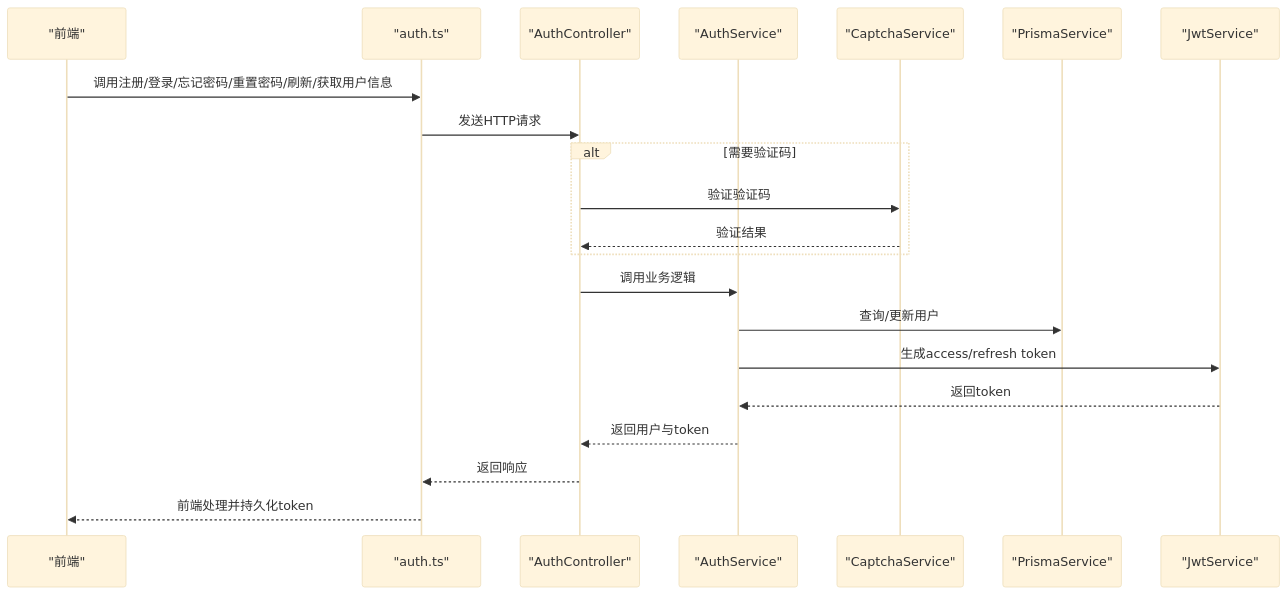
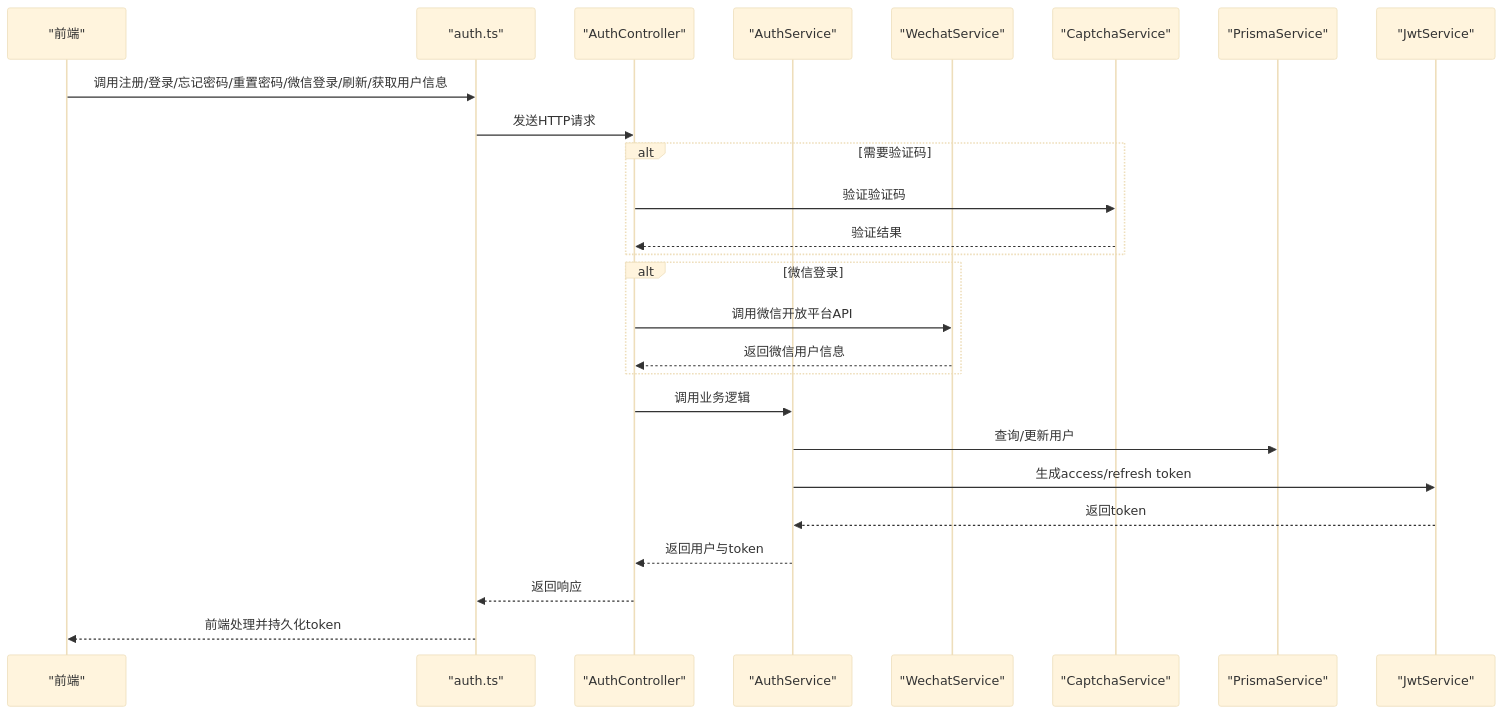
One commit to lsqwawa/free-dress changed the second of 8 diagrams in .qoder/repowiki/zh/content/API接口文档/认证接口.md. Above: the diagram before and after it, drawn with Mermaid (base theme). The commit also changed other lines of this file and 71 other files, not shown here.

````diff
--- a/.qoder/repowiki/zh/content/API接口文档/认证接口.md
+++ b/.qoder/repowiki/zh/content/API接口文档/认证接口.md
@@ -104,23 +143,28 @@
 ```mermaid
 sequenceDiagram
 participant FE as "前端"
 participant API as "auth.ts"
 participant CTRL as "AuthController"
 participant SVC as "AuthService"
+participant WSV as "WechatService"
 participant CAP as "CaptchaService"
 participant PRISMA as "PrismaService"
 participant JWT as "JwtService"
-FE->>API : 调用注册/登录/忘记密码/重置密码/刷新/获取用户信息
+FE->>API : 调用注册/登录/忘记密码/重置密码/微信登录/刷新/获取用户信息
 API->>CTRL : 发送HTTP请求
 alt 需要验证码
 CTRL->>CAP : 验证验证码
 CAP-->>CTRL : 验证结果
+end
+alt 微信登录
+CTRL->>WSV : 调用微信开放平台API
+WSV-->>CTRL : 返回微信用户信息
 end
 CTRL->>SVC : 调用业务逻辑
 SVC->>PRISMA : 查询/更新用户
 SVC->>JWT : 生成access/refresh token
 JWT-->>SVC : 返回token
 SVC-->>CTRL : 返回用户与token
 CTRL-->>API : 返回响应
 API-->>FE : 前端处理并持久化token
 ```
````
